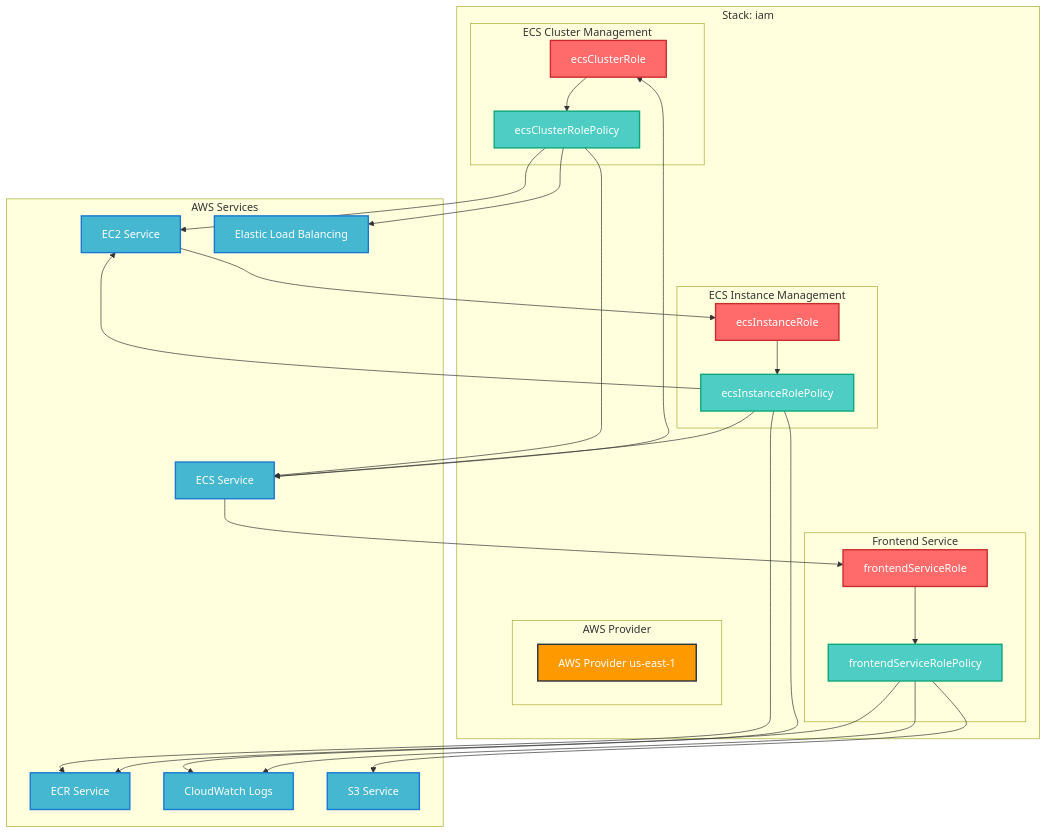
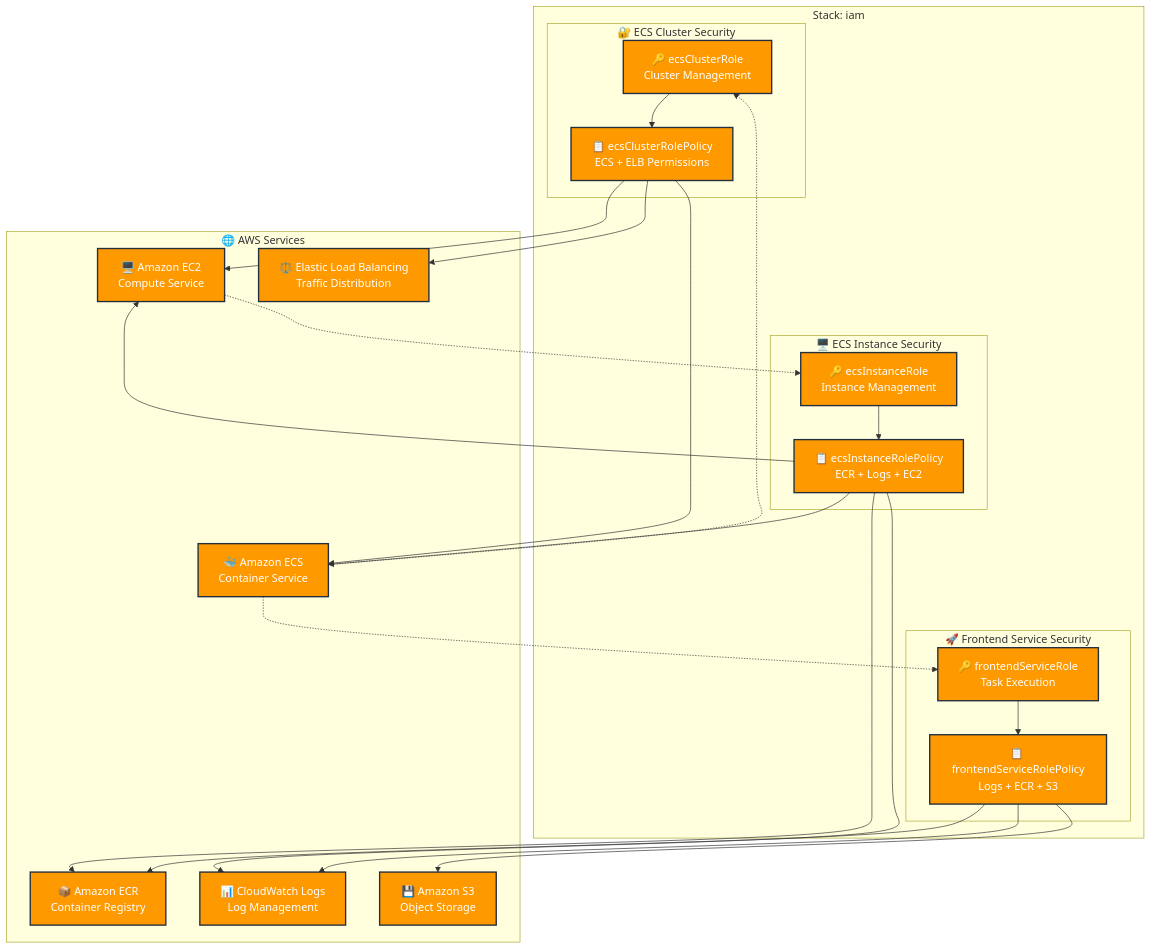
One commit to Elisabeth-Team/Architecture-Diagrams changed the diagram in stacks/iam.md. Above: the diagram before and after it, drawn with Mermaid. The commit also changed other lines of this file and 9 other files, not shown here.

Commit message:
Update architecture diagrams with AWS icons and infrastructure focus

````diff
--- a/stacks/iam.md
+++ b/stacks/iam.md
@@ -21,62 +21,59 @@
 ```mermaid
 graph TB
-    %% Define styles
-    classDef aws fill:#FF9900,stroke:#232F3E,stroke-width:2px,color:#fff
-    classDef iam fill:#FF6B6B,stroke:#C92A2A,stroke-width:2px,color:#fff
-    classDef policy fill:#4ECDC4,stroke:#0CA678,stroke-width:2px,color:#fff
-    classDef service fill:#45B7D1,stroke:#1976D2,stroke-width:2px,color:#fff
-    
+    %% Define AWS service icon styles
+    classDef awsSecurity fill:#FF9900,stroke:#232F3E,stroke-width:2px,color:#fff
+    classDef awsCompute fill:#FF9900,stroke:#232F3E,stroke-width:2px,color:#fff
+    classDef awsStorage fill:#FF9900,stroke:#232F3E,stroke-width:2px,color:#fff
+    classDef awsMonitoring fill:#FF9900,stroke:#232F3E,stroke-width:2px,color:#fff
+    classDef awsNetwork fill:#FF9900,stroke:#232F3E,stroke-width:2px,color:#fff
+
     subgraph "Stack: iam"
-        subgraph "ECS Cluster Management"
-            ECR[ecsClusterRole]:::iam
-            ECRP[ecsClusterRolePolicy]:::policy
+        subgraph "🔐 ECS Cluster Security"
+            ECR["🔑 ecsClusterRole<br/>Cluster Management"]:::awsSecurity
+            ECRP["📋 ecsClusterRolePolicy<br/>ECS + ELB Permissions"]:::awsSecurity
         end
-        
-        subgraph "ECS Instance Management"
-            EIR[ecsInstanceRole]:::iam
-            EIRP[ecsInstanceRolePolicy]:::policy
+
+        subgraph "🖥️ ECS Instance Security"
+            EIR["🔑 ecsInstanceRole<br/>Instance Management"]:::awsSecurity
+            EIRP["📋 ecsInstanceRolePolicy<br/>ECR + Logs + EC2"]:::awsSecurity
         end
-        
-        subgraph "Frontend Service"
-            FSR[frontendServiceRole]:::iam
-            FSRP[frontendServiceRolePolicy]:::policy
-        end
-        
-        subgraph "AWS Provider"
-            AWSP[AWS Provider us-east-1]:::aws
+
+        subgraph "🚀 Frontend Service Security"
+            FSR["🔑 frontendServiceRole<br/>Task Execution"]:::awsSecurity
+            FSRP["📋 frontendServiceRolePolicy<br/>Logs + ECR + S3"]:::awsSecurity
         end
     end
-    
-    subgraph "AWS Services"
-        ECS[ECS Service]:::service
-        EC2[EC2 Service]:::service
-        ECR_SVC[ECR Service]:::service
-        LOGS[CloudWatch Logs]:::service
-        S3[S3 Service]:::service
-        ELB[Elastic Load Balancing]:::service
+
+    subgraph "🌐 AWS Services"
+        ECS["🐳 Amazon ECS<br/>Container Service"]:::awsCompute
+        EC2["🖥️ Amazon EC2<br/>Compute Service"]:::awsCompute
+        ECR_SVC["📦 Amazon ECR<br/>Container Registry"]:::awsStorage
+        LOGS["📊 CloudWatch Logs<br/>Log Management"]:::awsMonitoring
+        S3["💾 Amazon S3<br/>Object Storage"]:::awsStorage
+        ELB["⚖️ Elastic Load Balancing<br/>Traffic Distribution"]:::awsNetwork
     end
-    
+
     %% Role-Policy relationships
     ECR --> ECRP
     EIR --> EIRP
     FSR --> FSRP
-    
-    %% Service principal relationships
-    ECS --> ECR
-    EC2 --> EIR
-    ECS --> FSR
-    
-    %% Policy permissions
+
+    %% Service trust relationships
+    ECS -.-> ECR
+    EC2 -.-> EIR
+    ECS -.-> FSR
+
+    %% Policy permissions (what each role can access)
     ECRP --> ECS
     ECRP --> EC2
     ECRP --> ELB
-    
+
     EIRP --> ECS
     EIRP --> LOGS
     EIRP --> ECR_SVC
     EIRP --> EC2
-    
+
     FSRP --> LOGS
     FSRP --> ECR_SVC
     FSRP --> S3
 ```
````
